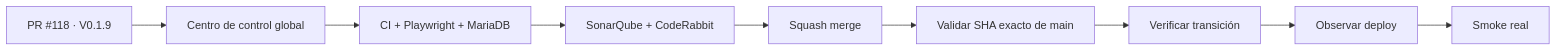
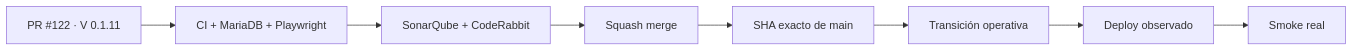
One commit to pl0n3r/Condor changed the diagram in README.md. Above: the diagram before and after it, drawn with Mermaid. The commit also changed other lines of this file and 3 other files, not shown here.

````diff
--- a/README.md
+++ b/README.md
@@ -65,11 +44,10 @@
 ```mermaid
 flowchart LR
-    A[PR #118 · V0.1.9] --> B[Centro de control global]
-    B --> C[CI + Playwright + MariaDB]
-    C --> D[SonarQube + CodeRabbit]
-    D --> E[Squash merge]
-    E --> F[Validar SHA exacto de main]
-    F --> G[Verificar transición]
-    G --> H[Observar deploy]
-    H --> I[Smoke real]
+    A[PR #122 · V 0.1.11] --> B[CI + MariaDB + Playwright]
+    B --> C[SonarQube + CodeRabbit]
+    C --> D[Squash merge]
+    D --> E[SHA exacto de main]
+    E --> F[Transición operativa]
+    F --> G[Deploy observado]
+    G --> H[Smoke real]
 ```
````
